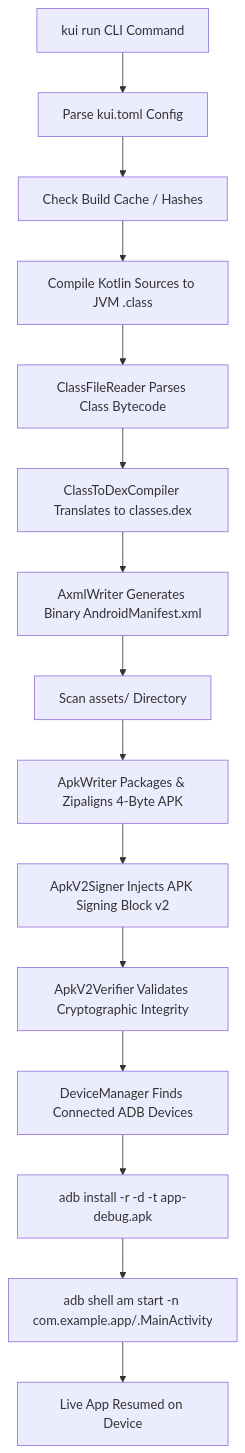
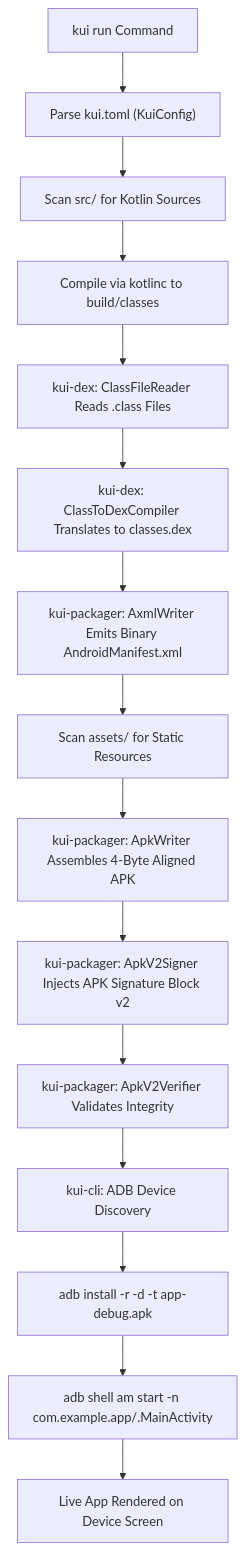
Before and after one commit to babar-xagi/KUI4: the diagram in docs/developer/architecture.md, drawn with Mermaid. The commit also changed other lines of this file and 47 other files, not shown here.

````diff
--- a/docs/developer/architecture.md
+++ b/docs/developer/architecture.md
@@ -60,17 +57,17 @@
 ```mermaid
 flowchart TD
-    A[kui run CLI Command] --> B[Parse kui.toml Config]
-    B --> C[Check Build Cache / Hashes]
-    C --> D[Compile Kotlin Sources to JVM .class]
-    D --> E[ClassFileReader Parses Class Bytecode]
-    E --> F[ClassToDexCompiler Translates to classes.dex]
-    F --> G[AxmlWriter Generates Binary AndroidManifest.xml]
-    G --> H[Scan assets/ Directory]
-    H --> I[ApkWriter Packages & Zipaligns 4-Byte APK]
-    I --> J[ApkV2Signer Injects APK Signing Block v2]
-    J --> K[ApkV2Verifier Validates Cryptographic Integrity]
-    K --> L[DeviceManager Finds Connected ADB Devices]
-    L --> M[adb install -r -d -t app-debug.apk]
-    M --> N[adb shell am start -n com.example.app/.MainActivity]
-    N --> O[Live App Resumed on Device]
+    A["kui run Command"] --> B["Parse kui.toml (KuiConfig)"]
+    B --> C["Scan src/ for Kotlin Sources"]
+    C --> D["Compile via kotlinc to build/classes"]
+    D --> E["kui-dex: ClassFileReader Reads .class Files"]
+    E --> F["kui-dex: ClassToDexCompiler Translates to classes.dex"]
+    F --> G["kui-packager: AxmlWriter Emits Binary AndroidManifest.xml"]
+    G --> H["Scan assets/ for Static Resources"]
+    H --> I["kui-packager: ApkWriter Assembles 4-Byte Aligned APK"]
+    I --> J["kui-packager: ApkV2Signer Injects APK Signature Block v2"]
+    J --> K["kui-packager: ApkV2Verifier Validates Integrity"]
+    K --> L["kui-cli: ADB Device Discovery"]
+    L --> M["adb install -r -d -t app-debug.apk"]
+    M --> N["adb shell am start -n com.example.app/.MainActivity"]
+    N --> O["Live App Rendered on Device Screen"]
 ```
````
